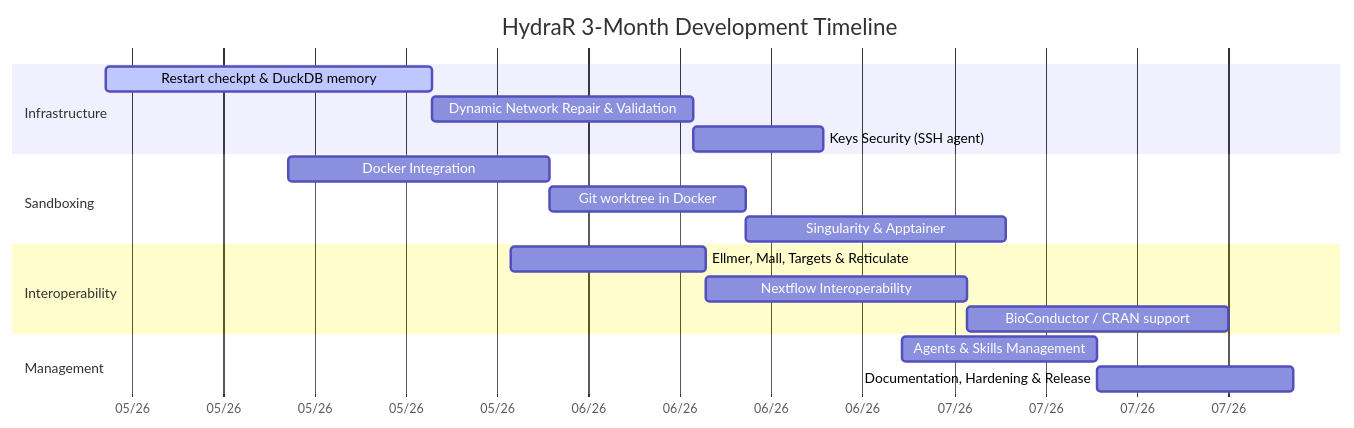
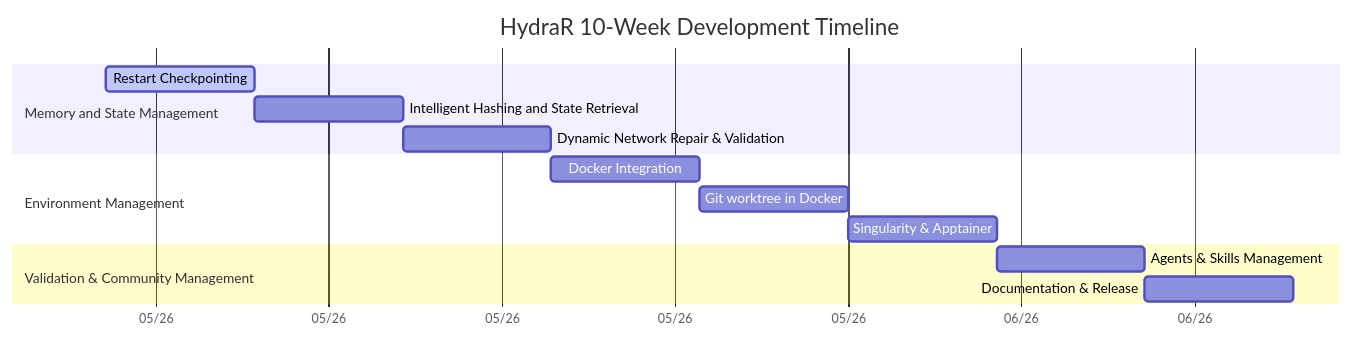
The diagram in proposal/04-timeline.qmd (APAF-bioinformatics/Agentic_Infrastructure_Proposal), drawn with Mermaid before and after one commit. The commit also changed other lines of this file and 8 other files, not shown here.

````diff
--- a/proposal/04-timeline.qmd
+++ b/proposal/04-timeline.qmd
@@ -7,25 +26,20 @@
 ```{mermaid}
 gantt
-    title HydraR 3-Month Development Timeline
+    title HydraR 10-Week Development Timeline
     dateFormat  YYYY-MM-DD
     axisFormat  %m/%y
     
-    section Infrastructure
-    Restart checkpt & DuckDB memory       :active, dev1, 2026-05-01, 25d
-    Dynamic Network Repair & Validation   :dev2, after dev1, 20d
-    Keys Security (SSH agent)             :dev3, after dev2, 10d
+    section Memory and State Management
+    Restart Checkpointing                   :active, dev1, 2026-05-01, 6d
+    Intelligent Hashing and State Retrieval :dev2, after dev1, 6d
+    Dynamic Network Repair & Validation     :dev3, after dev2, 6d
+
+    section Environment Management
+    Docker Integration                      :dev4, after dev3, 6d
+    Git worktree in Docker                  :dev5, after dev4, 6d
+    Singularity & Apptainer                 :dev6, after dev5, 6d
     
-    section Sandboxing
-    Docker Integration                    :dev4, 2026-05-15, 20d
-    Git worktree in Docker                :dev5, after dev4, 15d
-    Singularity & Apptainer               :dev6, after dev5, 20d
-    
-    section Interoperability
-    Ellmer, Mall, Targets & Reticulate    :dev7, 2026-06-01, 15d
-    Nextflow Interoperability             :dev8, after dev7, 20d
-    BioConductor / CRAN support           :dev9, after dev8, 20d
-    
-    section Management
-    Agents & Skills Management            :dev10, 2026-07-01, 15d
-    Documentation, Hardening & Release    :dev11, after dev10, 15d
+    section Validation & Community Management
+    Agents & Skills Management              :dev7, after dev6, 6d
+    Documentation & Release                 :dev8, after dev7, 6d
 ```
````
